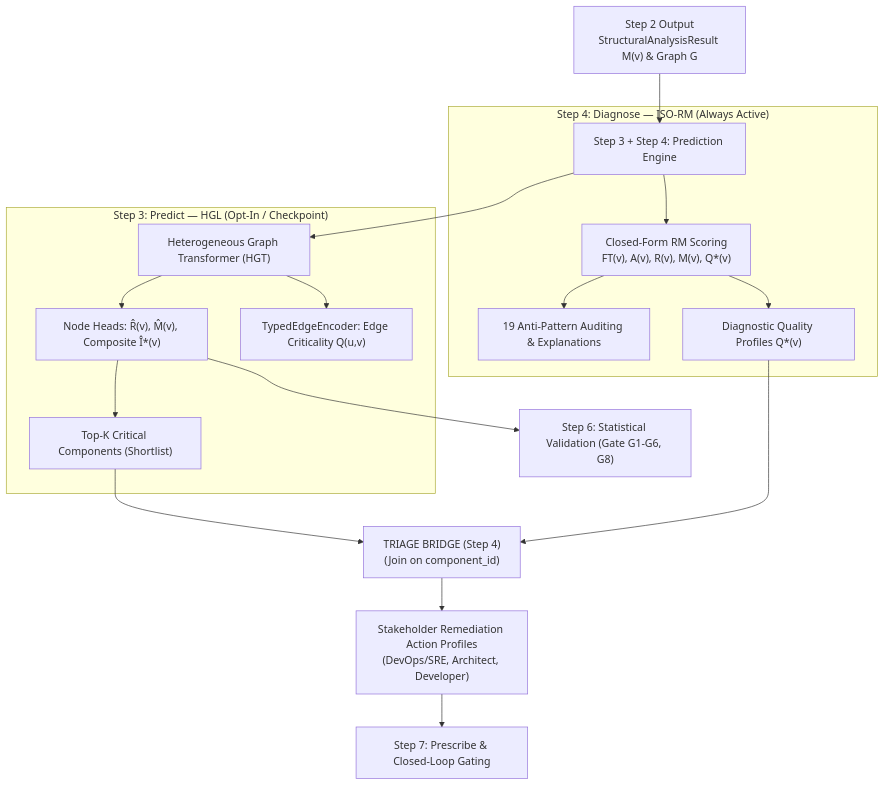
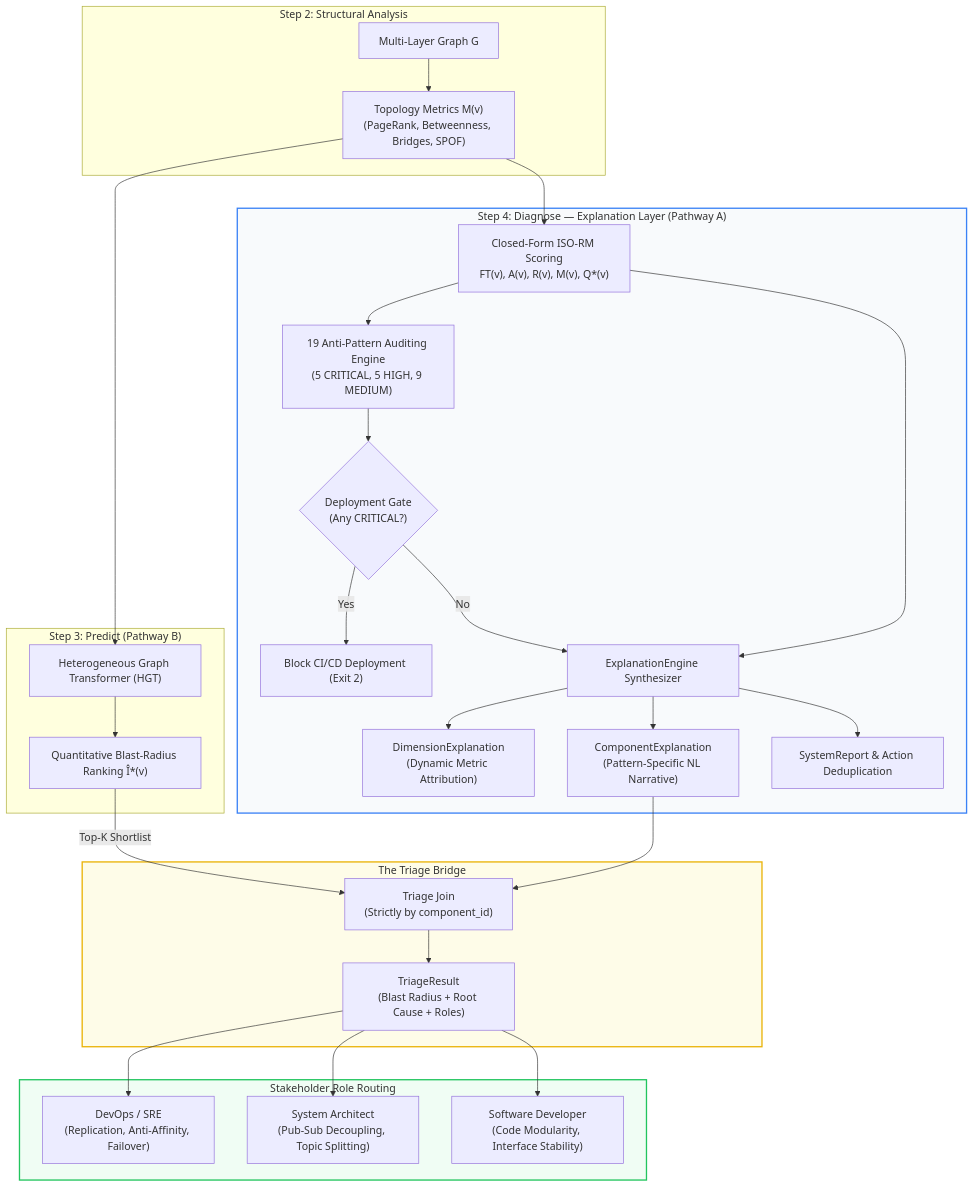
The first of 5 diagrams in docs/diagnosis.md (onuralpyigit/software-as-a-graph), drawn with Mermaid before and after one commit. The commit also changed other lines of this file and 16 other files, not shown here.

````diff
--- a/docs/diagnosis.md
+++ b/docs/diagnosis.md
@@ -34,23 +69,40 @@
 ```mermaid
 flowchart TD
-    M["Step 2 Output<br>StructuralAnalysisResult M(v) & Graph G"] --> PE["Step 3 + Step 4: Prediction Engine"]
-
-    subgraph PathRM["Step 4: Diagnose — ISO-RM (Always Active)"]
-        PE --> RM["Closed-Form RM Scoring<br>FT(v), A(v), R(v), M(v), Q*(v)"]
-        RM --> AP["19 Anti-Pattern Auditing & Explanations"]
-        RM --> OUT_RM["Diagnostic Quality Profiles Q*(v)"]
+    subgraph Step2["Step 2: Structural Analysis"]
+        G["Multi-Layer Graph G"] --> M["Topology Metrics M(v)<br>(PageRank, Betweenness, Bridges, SPOF)"]
     end
 
-    subgraph PathGNN["Step 3: Predict — HGL (Opt-In / Checkpoint)"]
-        PE --> HGT["Heterogeneous Graph Transformer (HGT)"]
-        HGT --> NH["Node Heads: R̂(v), M̂(v), Composite Î*(v)"]
-        HGT --> EH["TypedEdgeEncoder: Edge Criticality Q(u,v)"]
-        NH --> TOPK["Top-K Critical Components (Shortlist)"]
+    subgraph Step3["Step 3: Predict (Pathway B)"]
+        M --> HGT["Heterogeneous Graph Transformer (HGT)"]
+        HGT --> RANK["Quantitative Blast-Radius Ranking Î*(v)"]
     end
 
-    TOPK --> TB["TRIAGE BRIDGE (Step 4)<br>(Join on component_id)"]
-    OUT_RM --> TB
-    TB --> SO["Stakeholder Remediation Action Profiles<br>(DevOps/SRE, Architect, Developer)"]
-    SO --> PRESCRIBE["Step 7: Prescribe & Closed-Loop Gating"]
-    NH --> VALIDATE["Step 6: Statistical Validation (Gate G1-G6, G8)"]
+    subgraph Step4["Step 4: Diagnose — Explanation Layer (Pathway A)"]
+        M --> RM["Closed-Form ISO-RM Scoring<br>FT(v), A(v), R(v), M(v), Q*(v)"]
+        RM --> AP["19 Anti-Pattern Auditing Engine<br>(5 CRITICAL, 5 HIGH, 9 MEDIUM)"]
+        AP --> GATE{"Deployment Gate<br>(Any CRITICAL?)"}
+        GATE -->|Yes| BLK["Block CI/CD Deployment (Exit 2)"]
+        GATE -->|No| EXP["ExplanationEngine Synthesizer"]
+        
+        RM --> EXP
+        EXP --> DE["DimensionExplanation<br>(Dynamic Metric Attribution)"]
+        EXP --> CE["ComponentExplanation<br>(Pattern-Specific NL Narrative)"]
+        EXP --> SR["SystemReport & Action Deduplication"]
+    end
+
+    subgraph TriageBridge["The Triage Bridge"]
+        RANK -->|Top-K Shortlist| TB["Triage Join<br>(Strictly by component_id)"]
+        CE --> TB
+        TB --> TR["TriageResult<br>(Blast Radius + Root Cause + Roles)"]
+    end
+
+    subgraph Stakeholders["Stakeholder Role Routing"]
+        TR --> SRE["DevOps / SRE<br>(Replication, Anti-Affinity, Failover)"]
+        TR --> ARCH["System Architect<br>(Pub-Sub Decoupling, Topic Splitting)"]
+        TR --> DEV["Software Developer<br>(Code Modularity, Interface Stability)"]
+    end
+
+    style Step4 fill:#f8fafc,stroke:#3b82f6,stroke-width:2px
+    style TriageBridge fill:#fefce8,stroke:#eab308,stroke-width:2px
+    style Stakeholders fill:#f0fdf4,stroke:#22c55e,stroke-width:2px
 ```
````
